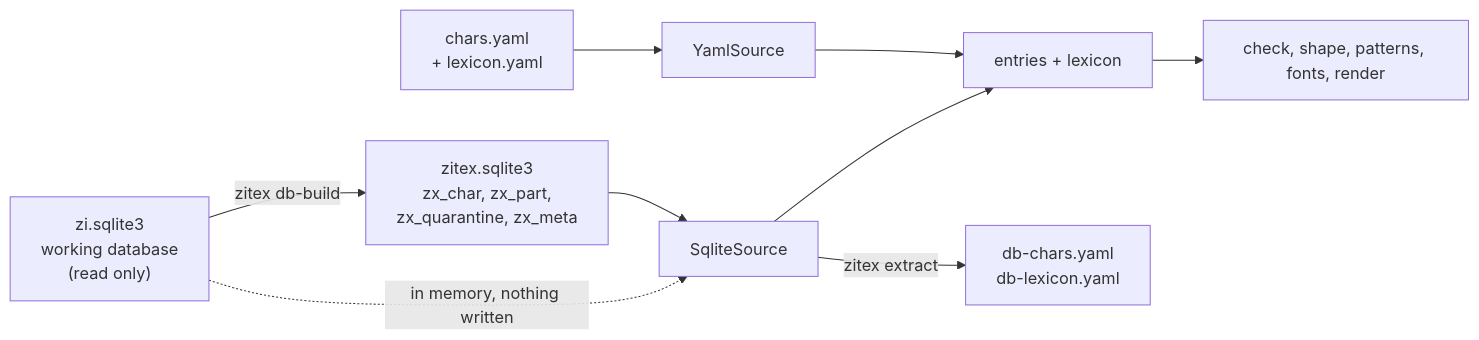
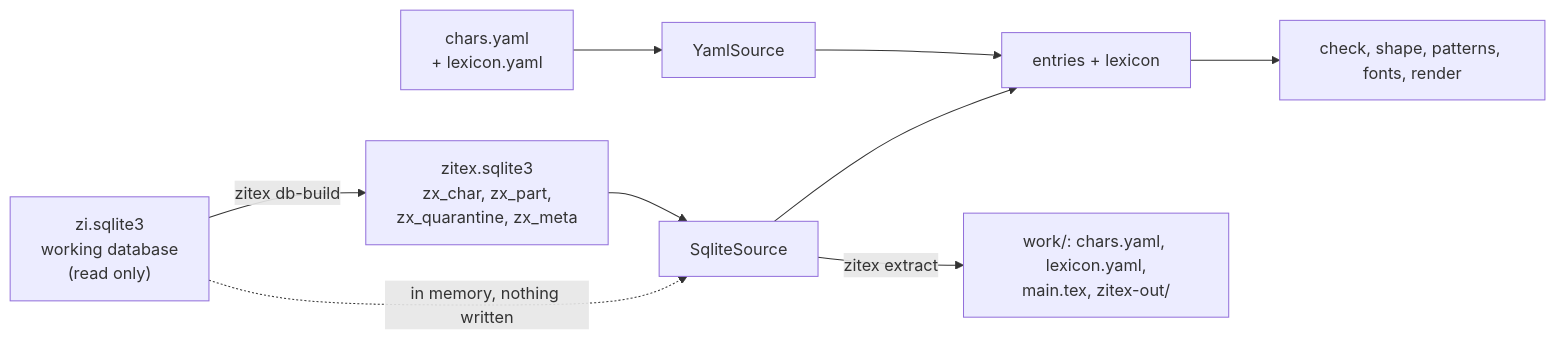
Before and after one commit to digital-duck/zinets-latex: the diagram in docs/DEV/claude/db-integration.md, drawn with Mermaid. The commit also changed other lines of this file and 230 other files, not shown here.

````diff
--- a/docs/DEV/claude/db-integration.md
+++ b/docs/DEV/claude/db-integration.md
@@ -67,11 +67,11 @@
 ```mermaid
 flowchart LR
     yaml["chars.yaml<br/>+ lexicon.yaml"] --> ya["YamlSource"]
     raw["zi.sqlite3<br/>working database<br/>(read only)"] -- "zitex db-build" --> zx["zitex.sqlite3<br/>zx_char, zx_part,<br/>zx_quarantine, zx_meta"]
     zx --> sq["SqliteSource"]
     raw -. "in memory, nothing written" .-> sq
     ya --> entries["entries + lexicon"]
     sq --> entries
-    sq -- "zitex extract" --> yaml2["db-chars.yaml<br/>db-lexicon.yaml"]
+    sq -- "zitex extract" --> yaml2["work/: chars.yaml, lexicon.yaml,<br/>main.tex, zitex-out/"]
     entries --> r["check, shape, patterns, fonts, render"]
 ```
````
